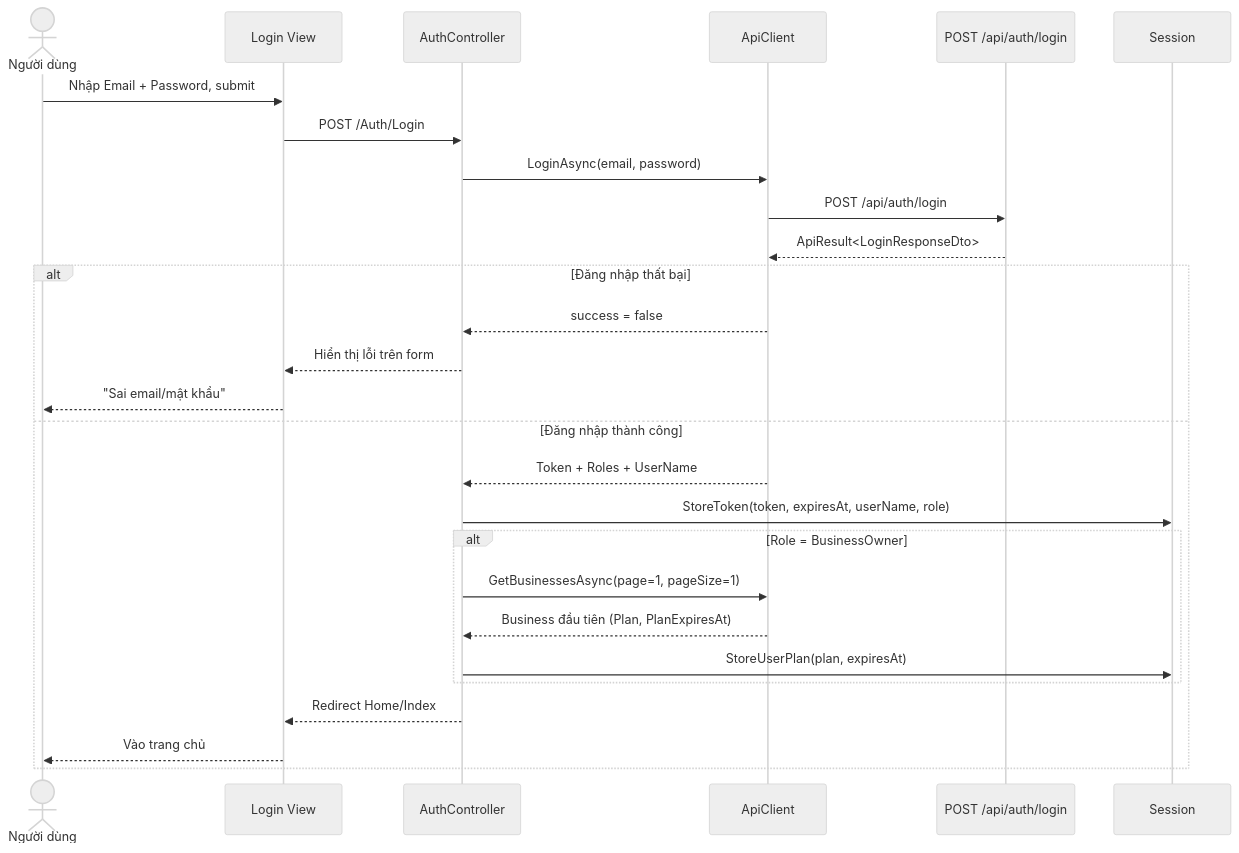
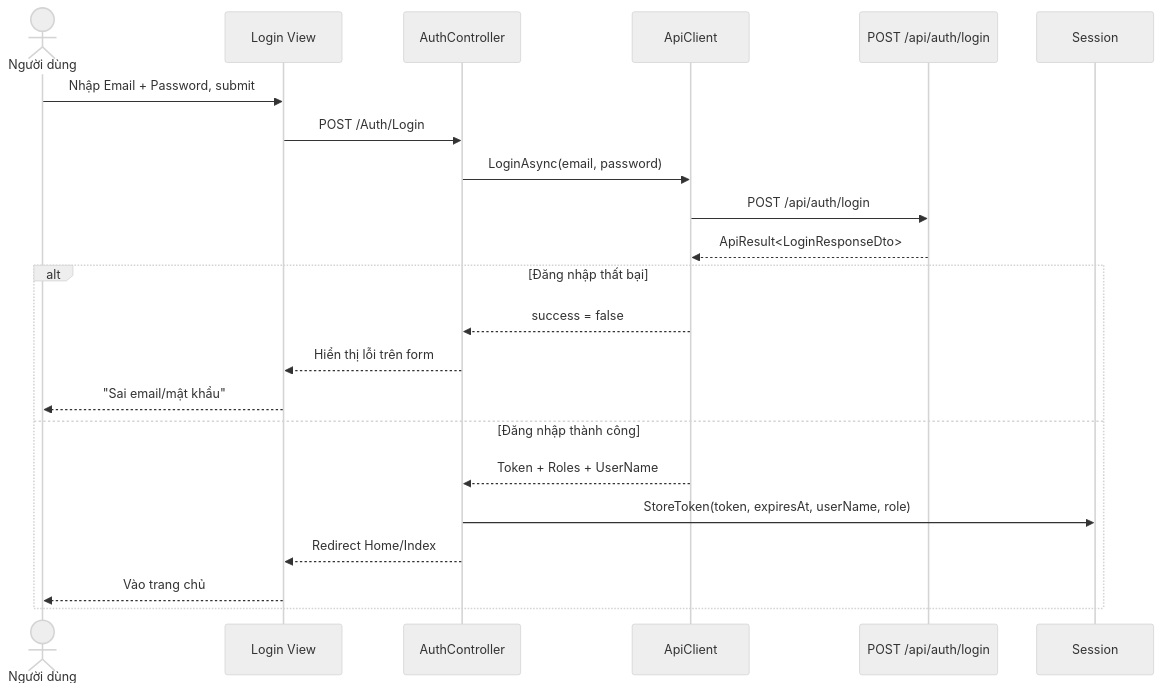
The first of 18 diagrams in Docs/Sequence Diagrams – Web Admin.md (NguyenAlpha/LocateAndMultilingualNarration), drawn with Mermaid (neutral theme) before and after one commit. The commit also changed other lines of this file and 3 other files, not shown here.

````diff
--- a/Docs/Sequence Diagrams – Web Admin.md
+++ b/Docs/Sequence Diagrams – Web Admin.md
@@ -29,31 +28,26 @@
 ```mermaid
 sequenceDiagram
     actor USER as Người dùng
     participant VIEW as Login View
     participant CTR as AuthController
     participant SVC as ApiClient
     participant API as POST /api/auth/login
     participant SESSION as Session
 
     USER->>VIEW: Nhập Email + Password, submit
     VIEW->>CTR: POST /Auth/Login
     CTR->>SVC: LoginAsync(email, password)
     SVC->>API: POST /api/auth/login
     API-->>SVC: ApiResult<LoginResponseDto>
 
     alt Đăng nhập thất bại
         SVC-->>CTR: success = false
         CTR-->>VIEW: Hiển thị lỗi trên form
         VIEW-->>USER: "Sai email/mật khẩu"
     else Đăng nhập thành công
         SVC-->>CTR: Token + Roles + UserName
         CTR->>SESSION: StoreToken(token, expiresAt, userName, role)
-        alt Role = BusinessOwner
-            CTR->>SVC: GetBusinessesAsync(page=1, pageSize=1)
-            SVC-->>CTR: Business đầu tiên (Plan, PlanExpiresAt)
-            CTR->>SESSION: StoreUserPlan(plan, expiresAt)
-        end
         CTR-->>VIEW: Redirect Home/Index
         VIEW-->>USER: Vào trang chủ
     end
 ```
````
